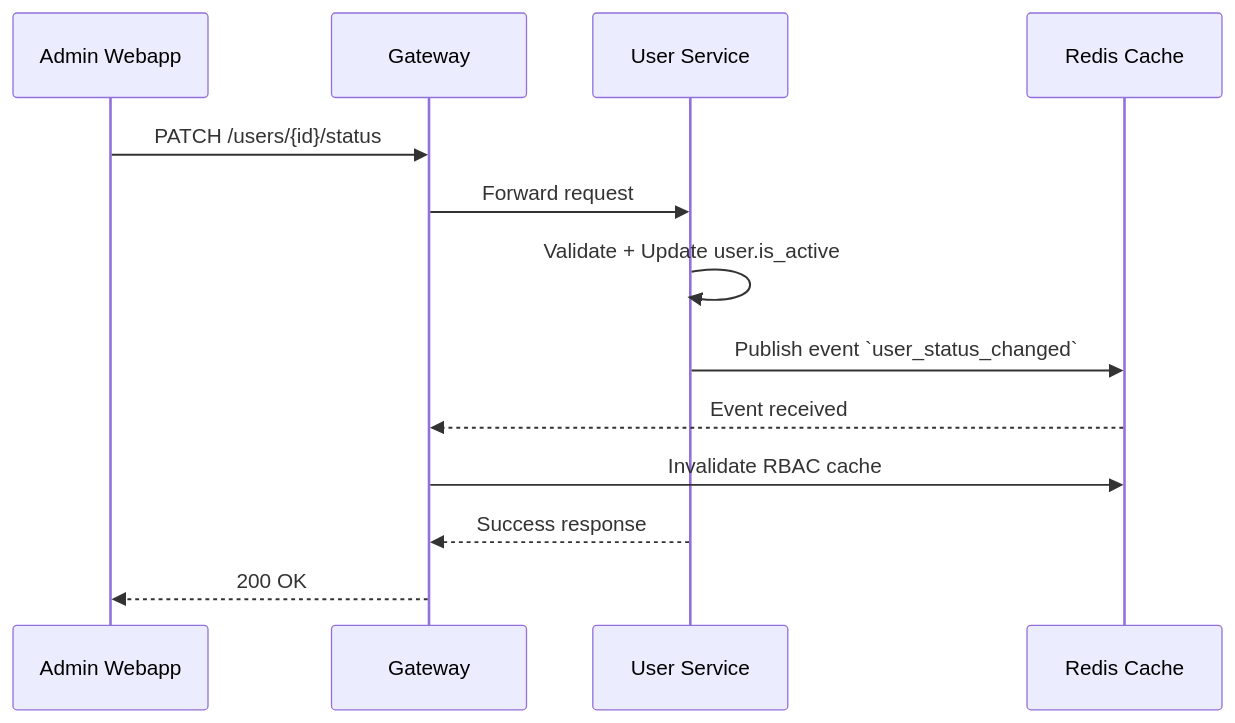
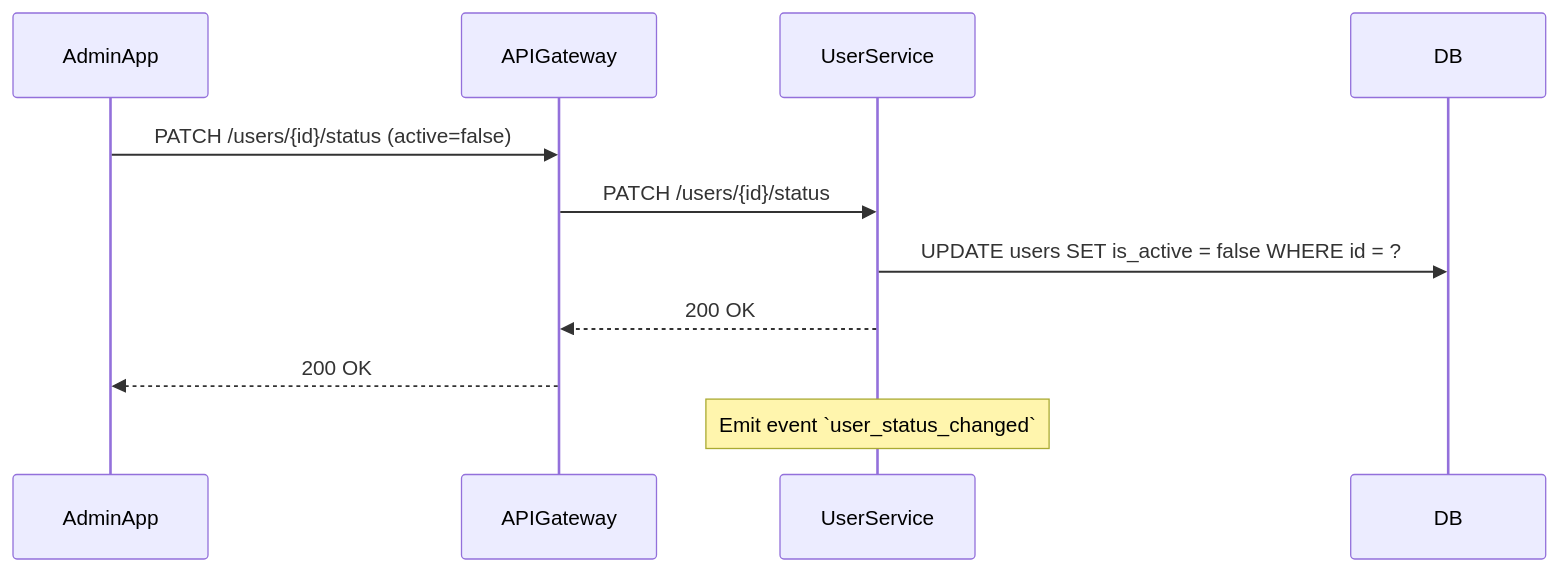
One commit to rockymountain/dx-vas changed the second of 4 diagrams in docs/services/user-service/design.md. Above: the diagram before and after it, drawn with Mermaid. The commit also changed other lines of this file, not shown here.

Commit message:
commit first version of user service design file

````diff
--- a/docs/services/user-service/design.md
+++ b/docs/services/user-service/design.md
@@ -61,16 +148,14 @@
 ```mermaid
 sequenceDiagram
-  participant Admin as Admin Webapp
-  participant Gateway
-  participant UserSvc as User Service
-  participant Redis as Redis Cache
+    participant AdminApp
+    participant APIGateway
+    participant UserService
+    participant DB
 
-  Admin->>Gateway: PATCH /users/{id}/status
-  Gateway->>UserSvc: Forward request
-  UserSvc->>UserSvc: Validate + Update user.is_active
-  UserSvc->>Redis: Publish event `user_status_changed`
-  Redis-->>Gateway: Event received
-  Gateway->>Redis: Invalidate RBAC cache
-  UserSvc-->>Gateway: Success response
-  Gateway-->>Admin: 200 OK
+    AdminApp->>APIGateway: PATCH /users/{id}/status (active=false)
+    APIGateway->>UserService: PATCH /users/{id}/status
+    UserService->>DB: UPDATE users SET is_active = false WHERE id = ?
+    UserService-->>APIGateway: 200 OK
+    APIGateway-->>AdminApp: 200 OK
+    Note over UserService: Emit event `user_status_changed`
 ```
````
